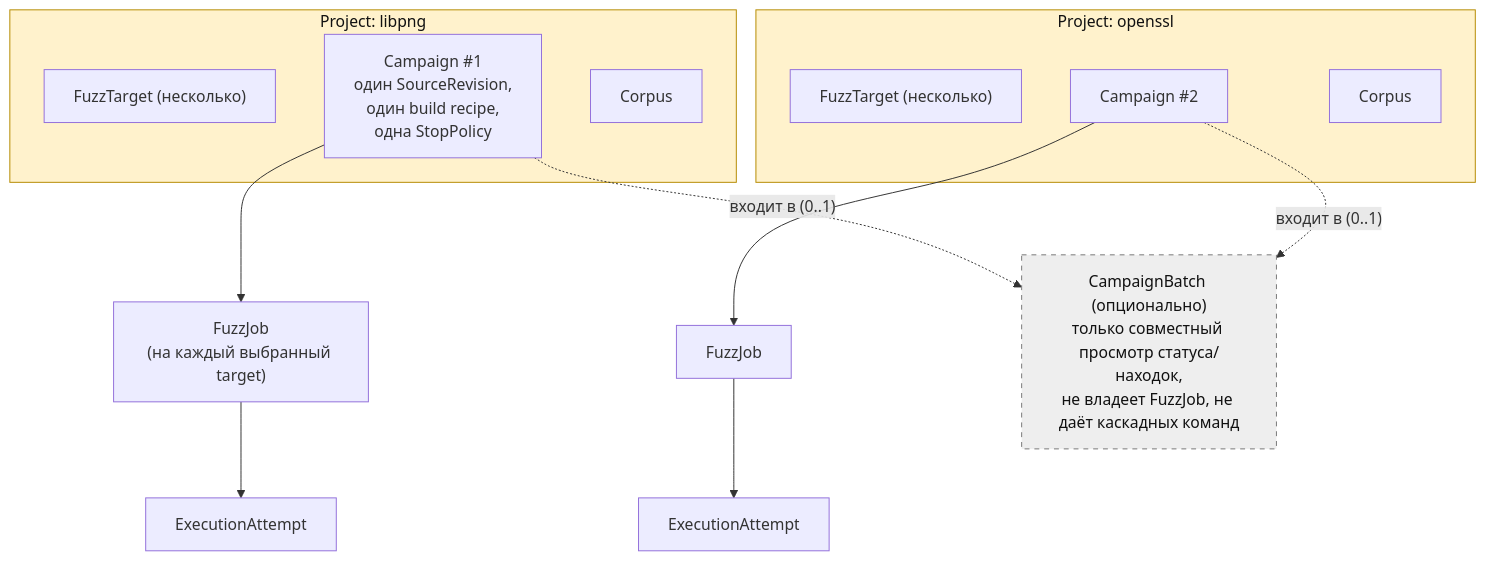
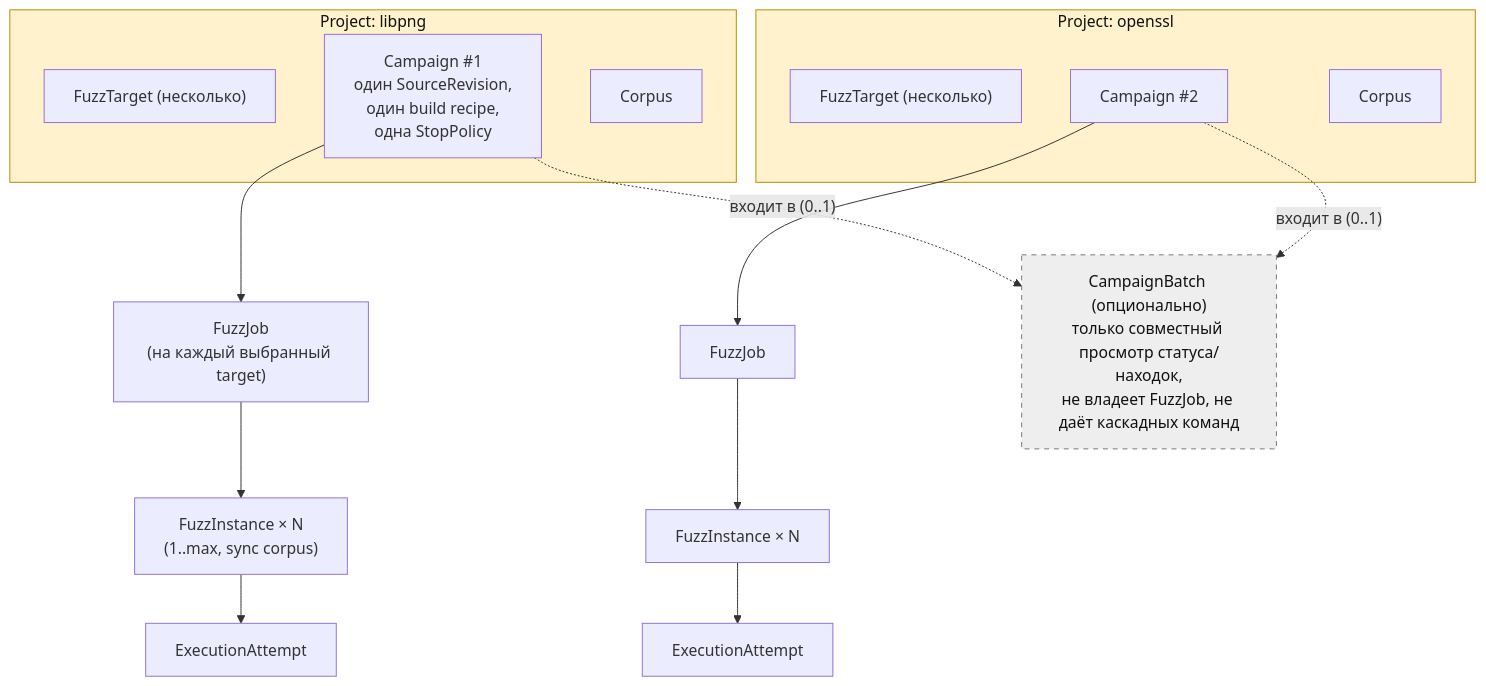
Before and after one commit to Djuckman/distributed-fuzz: the first of 5 diagrams in README.md, drawn with Mermaid. The commit also changed other lines of this file and 2 other files, not shown here.

First line of the commit message:
Add FuzzInstance: horizontal FuzzJob scaling with corpus sync

````diff
--- a/README.md
+++ b/README.md
@@ -30,28 +33,30 @@
 ```mermaid
 flowchart TD
     subgraph P1["Project: libpng"]
         FT1["FuzzTarget (несколько)"]
         C1["Campaign #1<br/>один SourceRevision,<br/>один build recipe,<br/>одна StopPolicy"]
         CORP1["Corpus"]
     end
 
     subgraph P2["Project: openssl"]
         FT2["FuzzTarget (несколько)"]
         C2["Campaign #2"]
         CORP2["Corpus"]
     end
 
     C1 --> FJ1["FuzzJob<br/>(на каждый выбранный target)"]
-    FJ1 --> EA1["ExecutionAttempt"]
+    FJ1 --> FI1["FuzzInstance × N<br/>(1..max, sync corpus)"]
+    FI1 --> EA1["ExecutionAttempt"]
     C2 --> FJ2["FuzzJob"]
-    FJ2 --> EA2["ExecutionAttempt"]
+    FJ2 --> FI2["FuzzInstance × N"]
+    FI2 --> EA2["ExecutionAttempt"]
 
     BATCH["CampaignBatch (опционально)<br/>только совместный просмотр статуса/находок,<br/>не владеет FuzzJob, не даёт каскадных команд"]
     C1 -.->|"входит в (0..1)"| BATCH
     C2 -.->|"входит в (0..1)"| BATCH
 
     classDef project fill:#fff2cc,stroke:#b58b00,color:#111;
     classDef batch fill:#eeeeee,stroke:#777,color:#111,stroke-dasharray: 5 5;
     class P1,P2 project;
     class BATCH batch;
 ```
````
